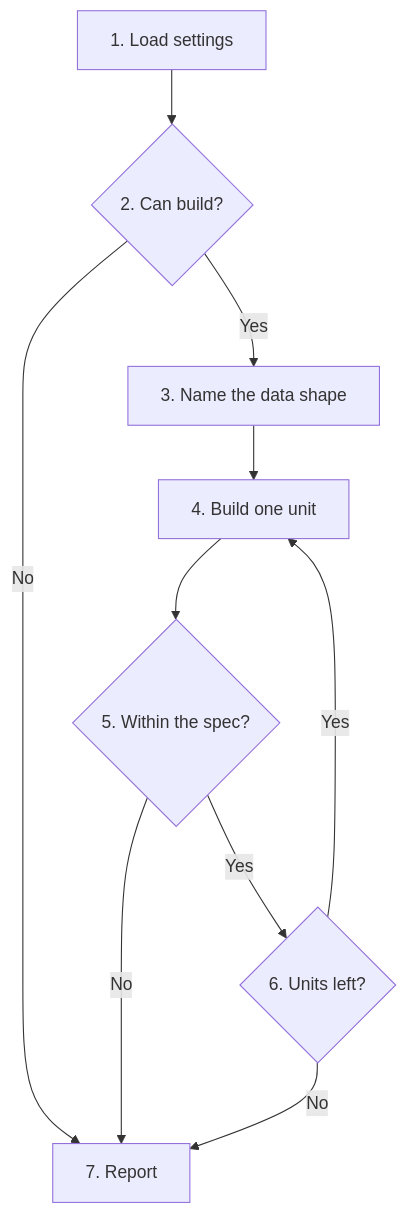
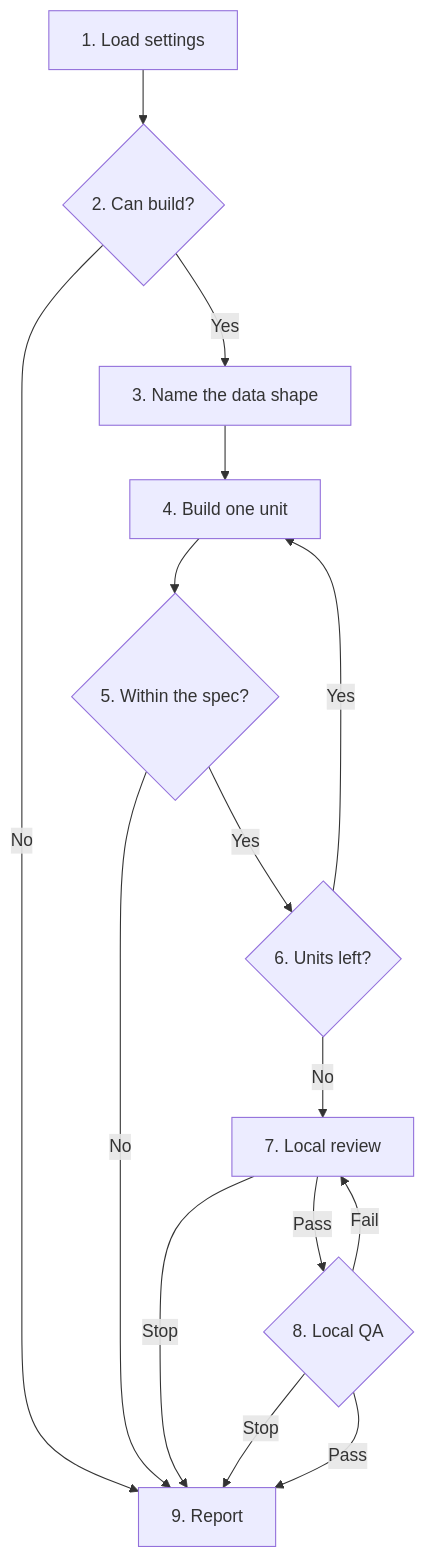
Before and after one commit to cultoftheai/skills: the diagram in skills/sdlc/build/SKILL.md, drawn with Mermaid. The commit also changed other lines of this file and 4 other files, not shown here.

````diff
--- a/skills/sdlc/build/SKILL.md
+++ b/skills/sdlc/build/SKILL.md
@@ -23,20 +26,27 @@
 ```mermaid
 flowchart TD
     A[1. Load settings]
     B{2. Can build?}
     C[3. Name the data shape]
     D[4. Build one unit]
     E{5. Within the spec?}
     F{6. Units left?}
-    G[7. Report]
+    G[7. Local review]
+    H{8. Local QA}
+    I[9. Report]
 
     A --> B
-    B -->|No| G
+    B -->|No| I
     B -->|Yes| C
     C --> D
     D --> E
-    E -->|No| G
+    E -->|No| I
     E -->|Yes| F
     F -->|Yes| D
     F -->|No| G
+    G -->|Stop| I
+    G -->|Pass| H
+    H -->|Fail| G
+    H -->|Stop| I
+    H -->|Pass| I
 ```
````
